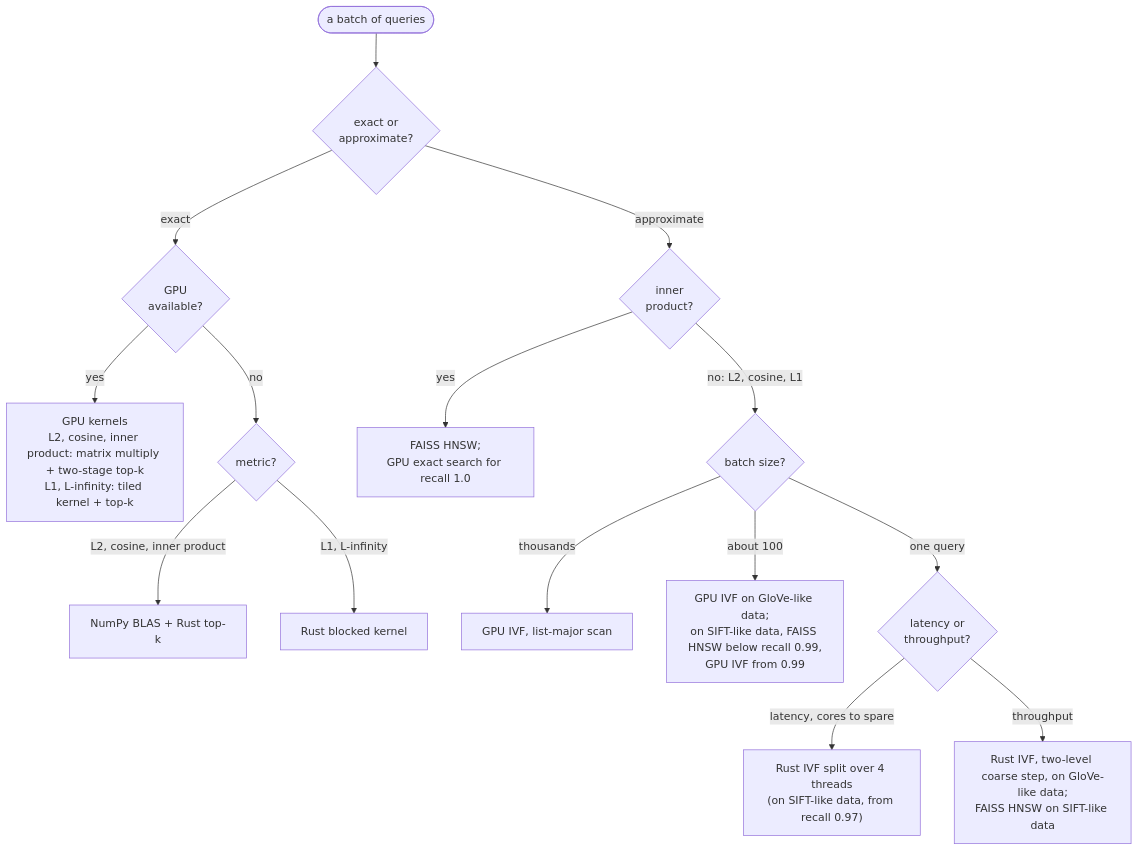
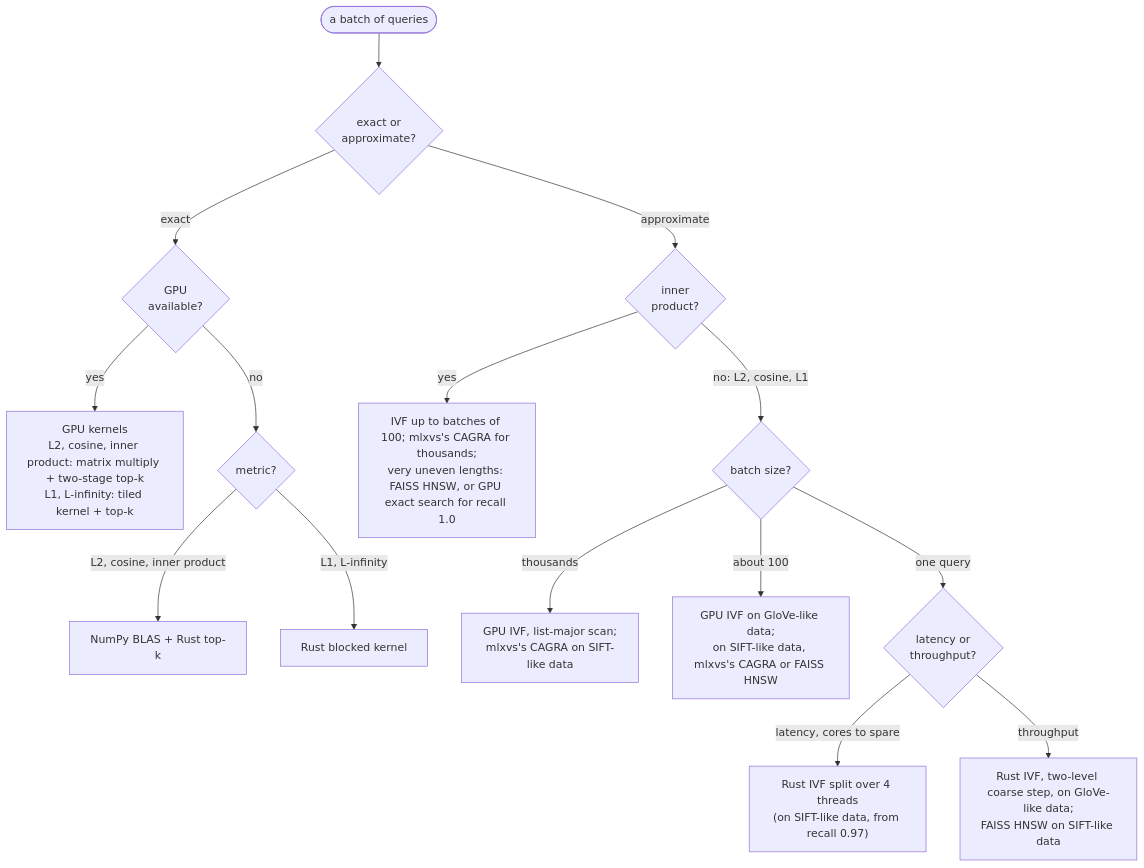
One commit to vglazer/siann changed the second of 4 diagrams in ARCHITECTURE.md. Above: the diagram before and after it, drawn with Mermaid. The commit also changed other lines of this file and 11 other files, not shown here.

First line of the commit message:
mlxvs as the GPU baseline; docs for the inner-product lists

````diff
--- a/ARCHITECTURE.md
+++ b/ARCHITECTURE.md
@@ -55,17 +55,17 @@
 ```mermaid
 flowchart TB
     q(["a batch of queries"]) --> kind{"exact or<br/>approximate?"}
     kind -- exact --> where{"GPU<br/>available?"}
     where -- yes --> ge["GPU kernels<br/>L2, cosine, inner product: matrix multiply + two-stage top-k<br/>L1, L-infinity: tiled kernel + top-k"]
     where -- no --> metric{"metric?"}
     metric -- "L2, cosine, inner product" --> cb["NumPy BLAS + Rust top-k"]
     metric -- "L1, L-infinity" --> cr["Rust blocked kernel"]
     kind -- approximate --> ip{"inner<br/>product?"}
-    ip -- yes --> hip["FAISS HNSW;<br/>GPU exact search for recall 1.0"]
+    ip -- yes --> hip["IVF up to batches of 100; mlxvs's CAGRA for thousands;<br/>very uneven lengths: FAISS HNSW, or GPU exact search for recall 1.0"]
     ip -- "no: L2, cosine, L1" --> size{"batch size?"}
-    size -- "thousands" --> gl["GPU IVF, list-major scan"]
-    size -- "about 100" --> hn["GPU IVF on GloVe-like data;<br/>on SIFT-like data, FAISS HNSW below recall 0.99,<br/>GPU IVF from 0.99"]
+    size -- "thousands" --> gl["GPU IVF, list-major scan;<br/>mlxvs's CAGRA on SIFT-like data"]
+    size -- "about 100" --> hn["GPU IVF on GloVe-like data;<br/>on SIFT-like data, mlxvs's CAGRA or FAISS HNSW"]
     size -- "one query" --> lat{"latency or<br/>throughput?"}
     lat -- "latency, cores to spare" --> sp["Rust IVF split over 4 threads<br/>(on SIFT-like data, from recall 0.97)"]
     lat -- throughput --> one["Rust IVF, two-level coarse step, on GloVe-like data;<br/>FAISS HNSW on SIFT-like data"]
 ```
````
